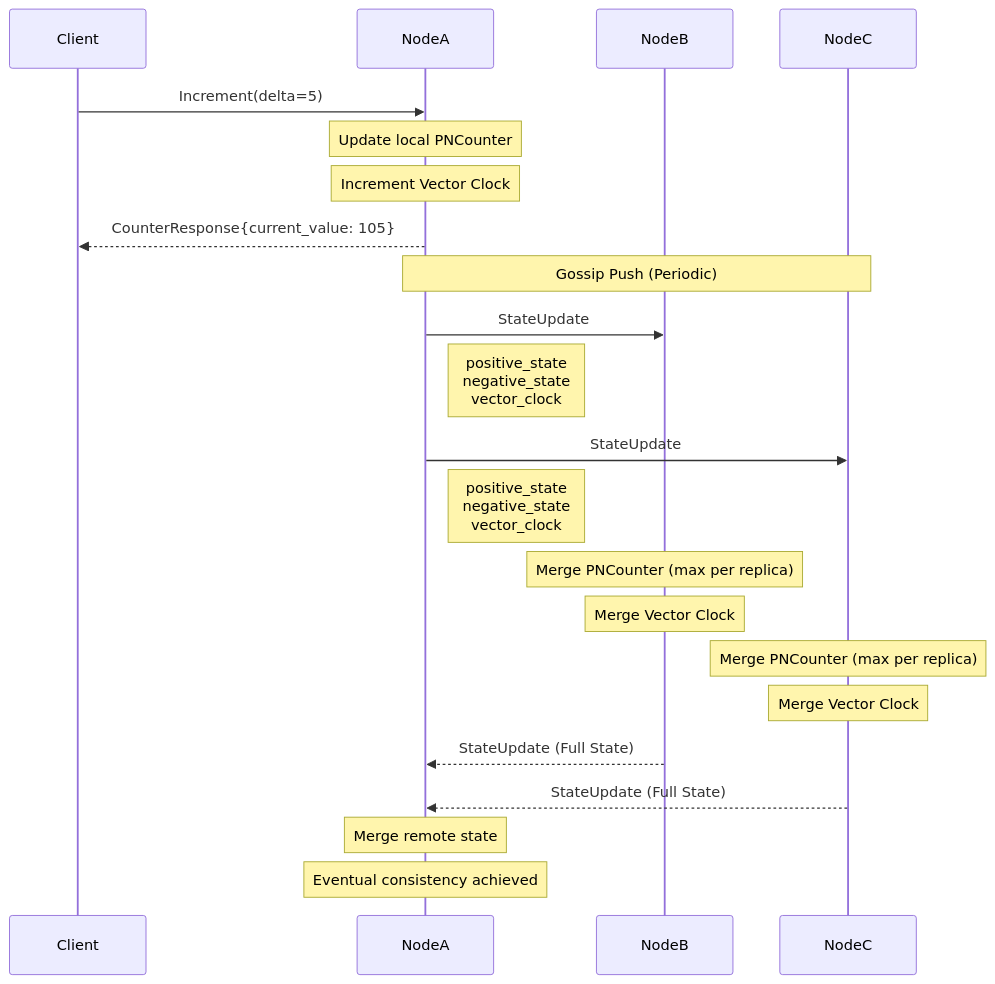
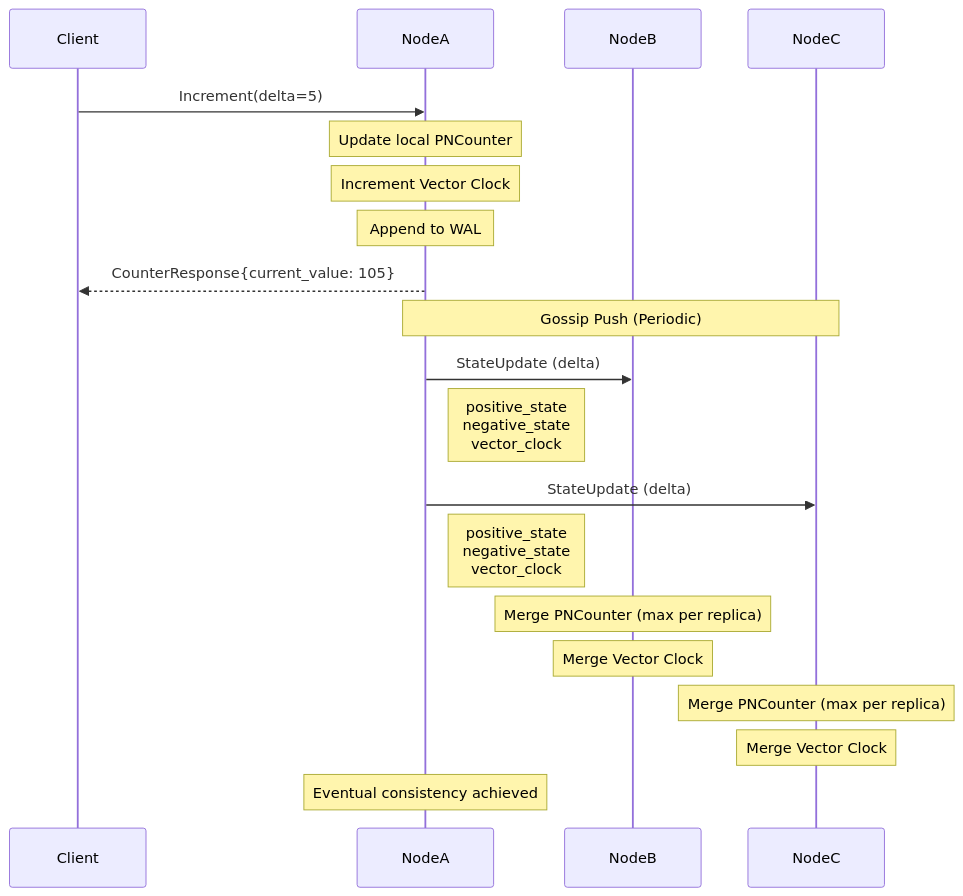
One commit to VeryFach/distributed-counter changed the second of 5 diagrams in README.md. Above: the diagram before and after it, drawn with Mermaid. The commit also changed other lines of this file, not shown here.

````diff
--- a/README.md
+++ b/README.md
@@ -64,34 +80,31 @@
 ```mermaid
 sequenceDiagram
     participant Client
     participant NodeA
     participant NodeB
     participant NodeC
 
     Client->>NodeA: Increment(delta=5)
 
     Note over NodeA: Update local PNCounter
     Note over NodeA: Increment Vector Clock
+    Note over NodeA: Append to WAL
 
     NodeA-->>Client: CounterResponse{current_value: 105}
 
     Note over NodeA,NodeC: Gossip Push (Periodic)
 
-    NodeA->>NodeB: StateUpdate
+    NodeA->>NodeB: StateUpdate (delta)
     Note right of NodeA: positive_state<br/>negative_state<br/>vector_clock
 
-    NodeA->>NodeC: StateUpdate
+    NodeA->>NodeC: StateUpdate (delta)
     Note right of NodeA: positive_state<br/>negative_state<br/>vector_clock
 
     Note over NodeB: Merge PNCounter (max per replica)
     Note over NodeB: Merge Vector Clock
 
     Note over NodeC: Merge PNCounter (max per replica)
     Note over NodeC: Merge Vector Clock
 
-    NodeB-->>NodeA: StateUpdate (Full State)
-    NodeC-->>NodeA: StateUpdate (Full State)
-
-    Note over NodeA: Merge remote state
     Note over NodeA: Eventual consistency achieved
 ```
````
